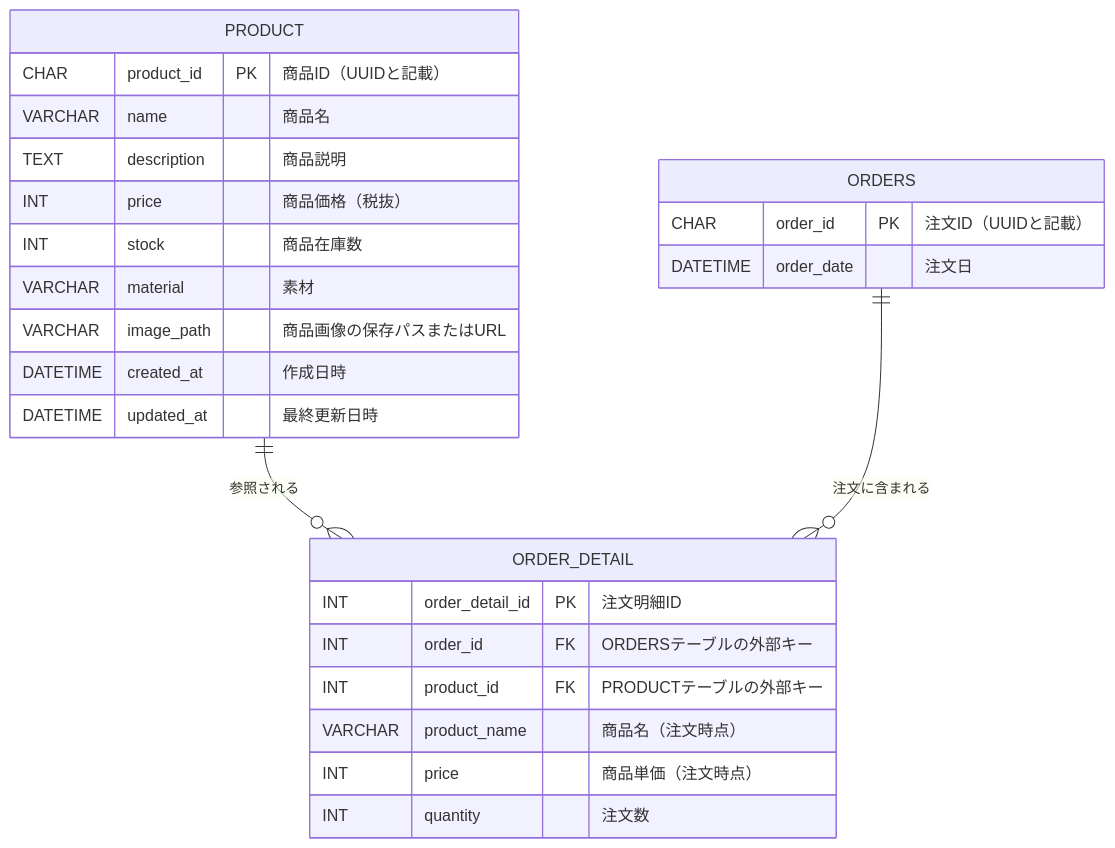
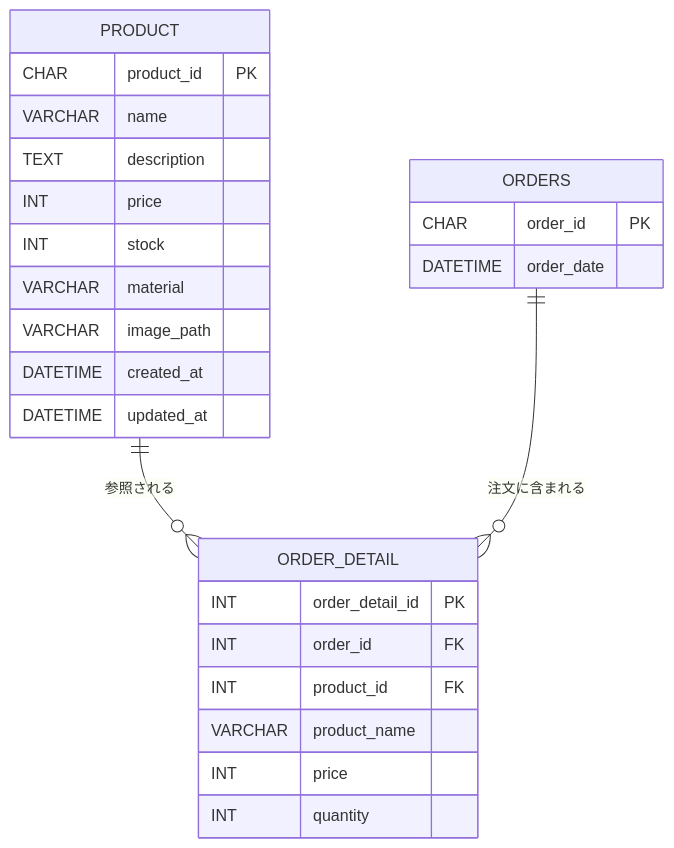
One commit to natsumiumeda/Jobs changed diagram 11 of 12 in 詳細設計/詳細設計書.md. Above: the diagram before and after it, drawn with Mermaid.

Commit message:
文を消した

```diff
--- a/詳細設計/詳細設計書.md
+++ b/詳細設計/詳細設計書.md
@@ -1025,32 +1025,32 @@
 <div class="mermaid">
 erDiagram
 
   PRODUCT {
-    CHAR product_id PK "商品ID（UUIDと記載）"
-    VARCHAR name "商品名"
-    TEXT description "商品説明"
-    INT price "商品価格（税抜）"
-    INT stock "商品在庫数"
-    VARCHAR material "素材"
-    VARCHAR image_path "商品画像の保存パスまたはURL"
-    DATETIME created_at "作成日時"
-    DATETIME updated_at "最終更新日時"
+    CHAR product_id PK 
+    VARCHAR name 
+    TEXT description 
+    INT price 
+    INT stock 
+    VARCHAR material 
+    VARCHAR image_path 
+    DATETIME created_at 
+    DATETIME updated_at 
   }
 
   ORDERS {
-    CHAR order_id PK "注文ID（UUIDと記載）"
-    DATETIME order_date "注文日"
+    CHAR order_id PK 
+    DATETIME order_date 
   }
 
   ORDER_DETAIL {
-    INT order_detail_id PK "注文明細ID"
-    INT order_id FK "ORDERSテーブルの外部キー"
-    INT product_id FK "PRODUCTテーブルの外部キー"
-    VARCHAR product_name "商品名（注文時点）"
-    INT price "商品単価（注文時点）"
-    INT quantity "注文数"
+    INT order_detail_id PK 
+    INT order_id FK 
+    INT product_id FK 
+    VARCHAR product_name 
+    INT price 
+    INT quantity 
   }
 
   PRODUCT ||--o{ ORDER_DETAIL : "参照される"
   ORDERS ||--o{ ORDER_DETAIL : "注文に含まれる"
   </div>
```
